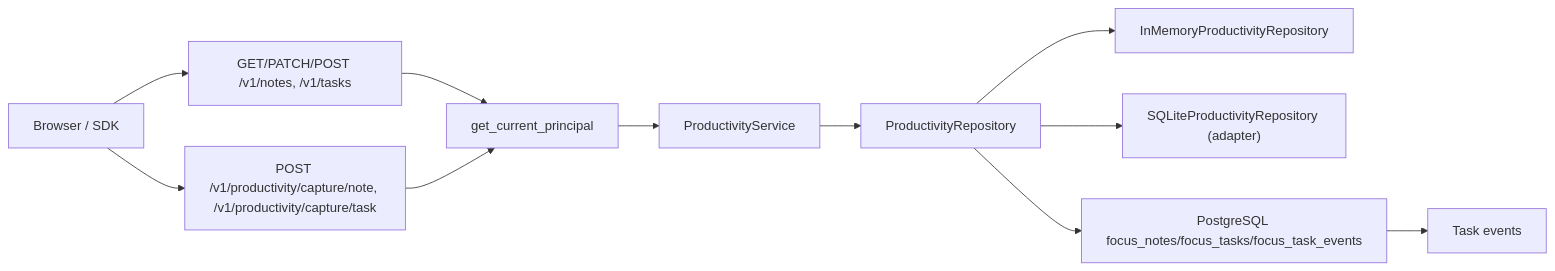
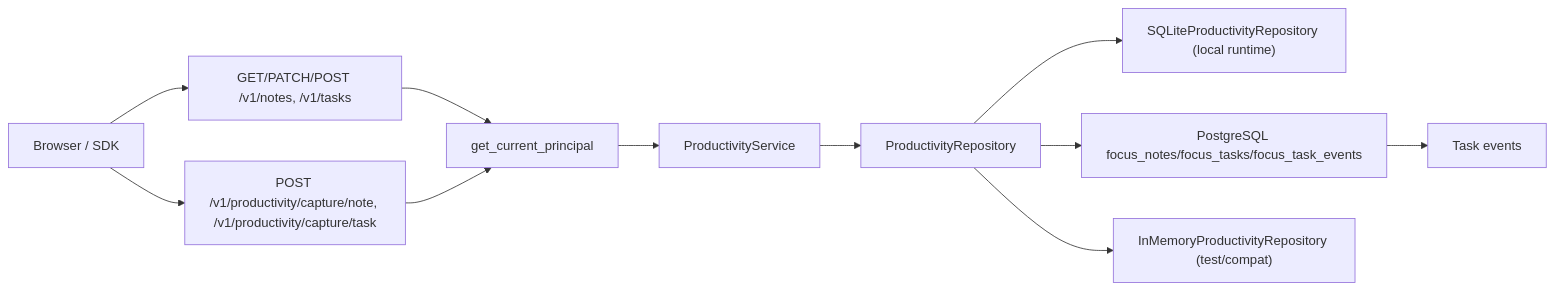
Before and after one commit to William-zgx/focus-agent: the fifth of 10 diagrams in docs/architecture.md, drawn with Mermaid. The commit also changed other lines of this file and 28 other files, not shown here.

````diff
--- a/docs/architecture.md
+++ b/docs/architecture.md
@@ -268,13 +276,13 @@
 ```mermaid
 flowchart LR
     BrowserWebSDK["Browser / SDK"] --> NotesTasks["GET/PATCH/POST /v1/notes, /v1/tasks"]
     BrowserWebSDK --> Capture["POST /v1/productivity/capture/note, /v1/productivity/capture/task"]
     NotesTasks --> AuthN["get_current_principal"]
     Capture --> AuthN
     AuthN --> ProductService["ProductivityService"]
     ProductService --> Repo["ProductivityRepository"]
-    Repo --> InMemory["InMemoryProductivityRepository"]
-    Repo --> SQLite["SQLiteProductivityRepository (adapter)"]
+    Repo --> SQLite["SQLiteProductivityRepository (local runtime)"]
     Repo --> PG["PostgreSQL focus_notes/focus_tasks/focus_task_events"]
+    Repo --> InMemory["InMemoryProductivityRepository (test/compat)"]
     PG --> Events["Task events"]
 ```
````
